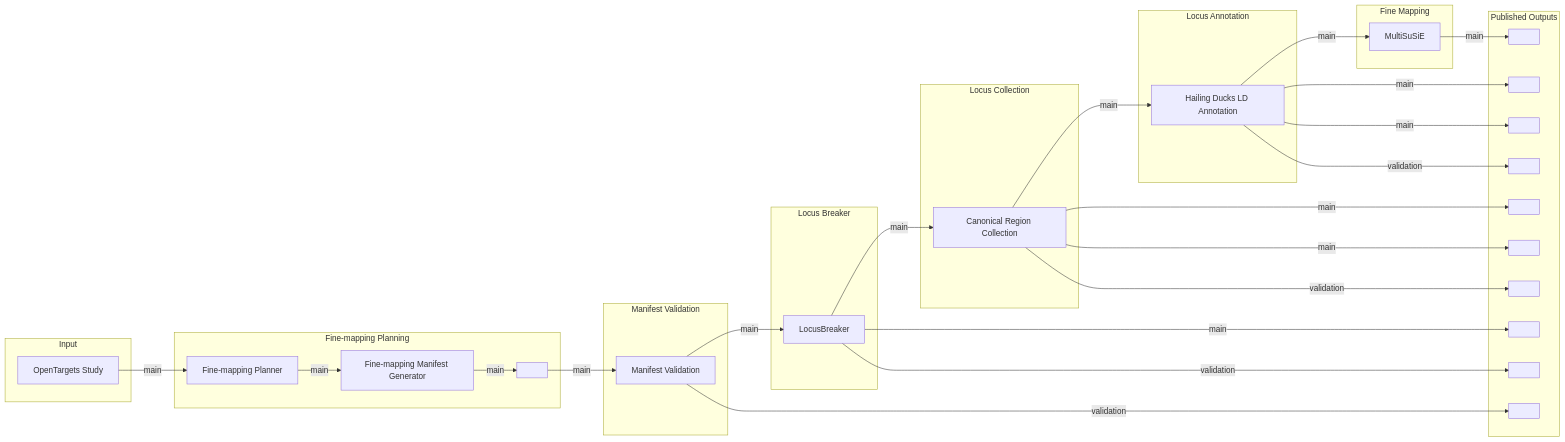
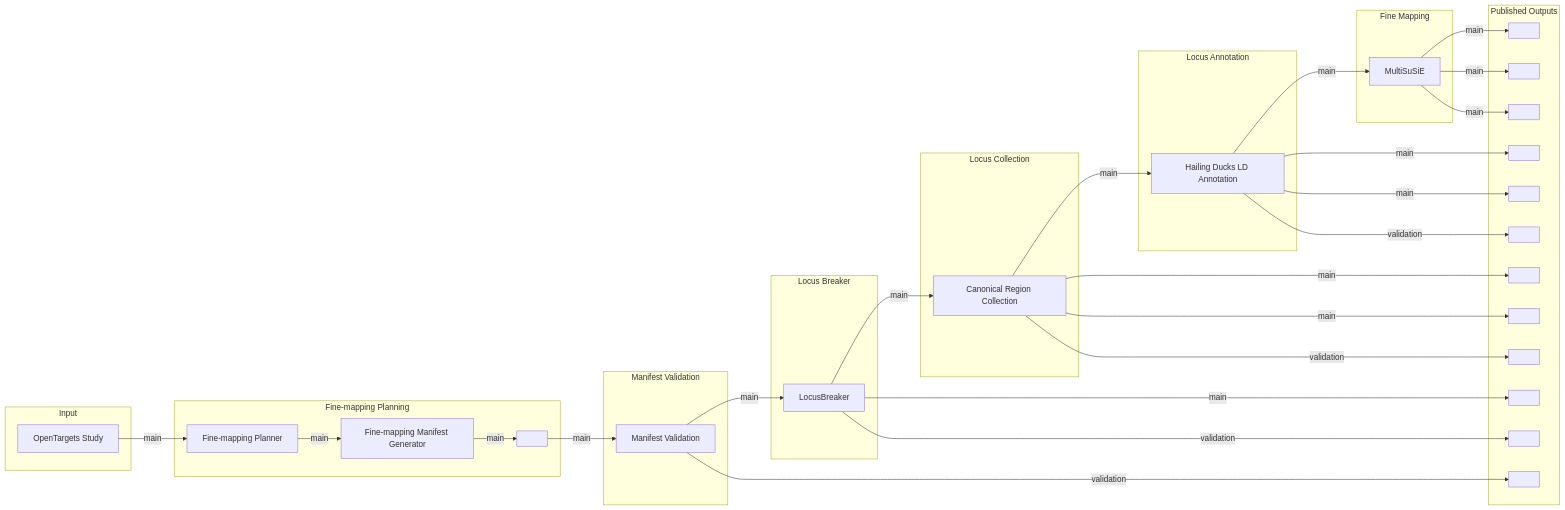
The diagram in docs/architecture/pipeline-metro-map.mmd (opentargets/nf-fine-mapping), drawn with Mermaid before and after one commit. The commit also changed 2 other files, not shown here.

Commit message:
docs: split fine-mapping output into credible sets, AnnData, and stats
MultiSuSiE publishes three distinct files per run/locus-set
(study_locus.parquet, fit.h5ad, stats.json) under one directory; show
each explicitly in the metro map and outputs table instead of bundling
them into a single "MultiSuSiE Results" node, matching the granularity
already used for every other stage's outputs.

A top-to-bottom variant of the diagram was requested but isn't
achievable with nf-metro, which only honours `graph LR` as the primary
layout direction (per-section `%%metro direction:` only reorders
stations within one section, not the whole map) — confirmed by
inspecting the renderer's source. Staying with the single L-R diagram
per discussion.

Claude-Session: https://claude.ai/code/session_0186r5vWUmcErs9gTsGLsjFS

```diff
--- a/docs/architecture/pipeline-metro-map.mmd
+++ b/docs/architecture/pipeline-metro-map.mmd
@@ -1,82 +1,88 @@
 %%metro title: nf-fine-mapping pipeline
 %%metro caption: opentargets/nf-fine-mapping — rendered with nf-metro from main.nf
 %%metro style: dark
 %%metro line: main | Pipeline | #22d3ee
 %%metro line: validation | Validation & QC | #ef4444 | dashed
 
 %%metro file: manifest_in | TSV | Manifest
 %%metro dir: loci_out | Loci
 %%metro dir: collected_out | Collected Loci
 %%metro dir: collect_stats_out | Collection Stats
 %%metro dir: annotated_out | Annotated Locus Sets
 %%metro dir: ld_pair_stats_out | LD-pair Stats
-%%metro dir: multisusie_out | MultiSuSiE Results
+%%metro dir: credible_sets_out | Credible Sets
+%%metro dir: anndata_out | AnnData
+%%metro dir: fm_stats_out | Fine-mapping Stats
 %%metro dir: report_validation | Manifest Validation Report
 %%metro dir: status_lb | LocusBreaker Status
 %%metro dir: status_collection | Locus Collection Status
 %%metro dir: status_annotation | Locus Annotation Status
 
 graph LR
     subgraph input [Input]
         study_in[OpenTargets Study]
     end
 
     subgraph fm_planning [Fine-mapping Planning]
         planner[Fine-mapping Planner]
         manifest_gen[Fine-mapping Manifest Generator]
         manifest_in[ ]
         planner -->|main| manifest_gen
         manifest_gen -->|main| manifest_in
     end
 
     subgraph validation_stage [Manifest Validation]
         validate[Manifest Validation]
     end
 
     subgraph locus_breaker [Locus Breaker]
         lb[LocusBreaker]
     end
 
     subgraph locus_collection [Locus Collection]
         collect[Canonical Region Collection]
     end
 
     subgraph locus_annotation [Locus Annotation]
         ld_hailing[Hailing Ducks LD Annotation]
     end
 
     subgraph fine_mapping [Fine Mapping]
         multisusie[MultiSuSiE]
     end
 
     subgraph publish [Published Outputs]
         loci_out[ ]
         collected_out[ ]
         collect_stats_out[ ]
         annotated_out[ ]
         ld_pair_stats_out[ ]
-        multisusie_out[ ]
+        credible_sets_out[ ]
+        anndata_out[ ]
+        fm_stats_out[ ]
         report_validation[ ]
         status_lb[ ]
         status_collection[ ]
         status_annotation[ ]
     end
 
     study_in -->|main| planner
     manifest_in -->|main| validate
     validate -->|main| lb
     lb -->|main| collect
     collect -->|main| ld_hailing
     ld_hailing -->|main| multisusie
 
     lb -->|main| loci_out
     collect -->|main| collected_out
     collect -->|main| collect_stats_out
     ld_hailing -->|main| annotated_out
     ld_hailing -->|main| ld_pair_stats_out
-    multisusie -->|main| multisusie_out
+    multisusie -->|main| credible_sets_out
+    multisusie -->|main| anndata_out
+    multisusie -->|main| fm_stats_out
 
     validate -->|validation| report_validation
     lb -->|validation| status_lb
     collect -->|validation| status_collection
     ld_hailing -->|validation| status_annotation
```
